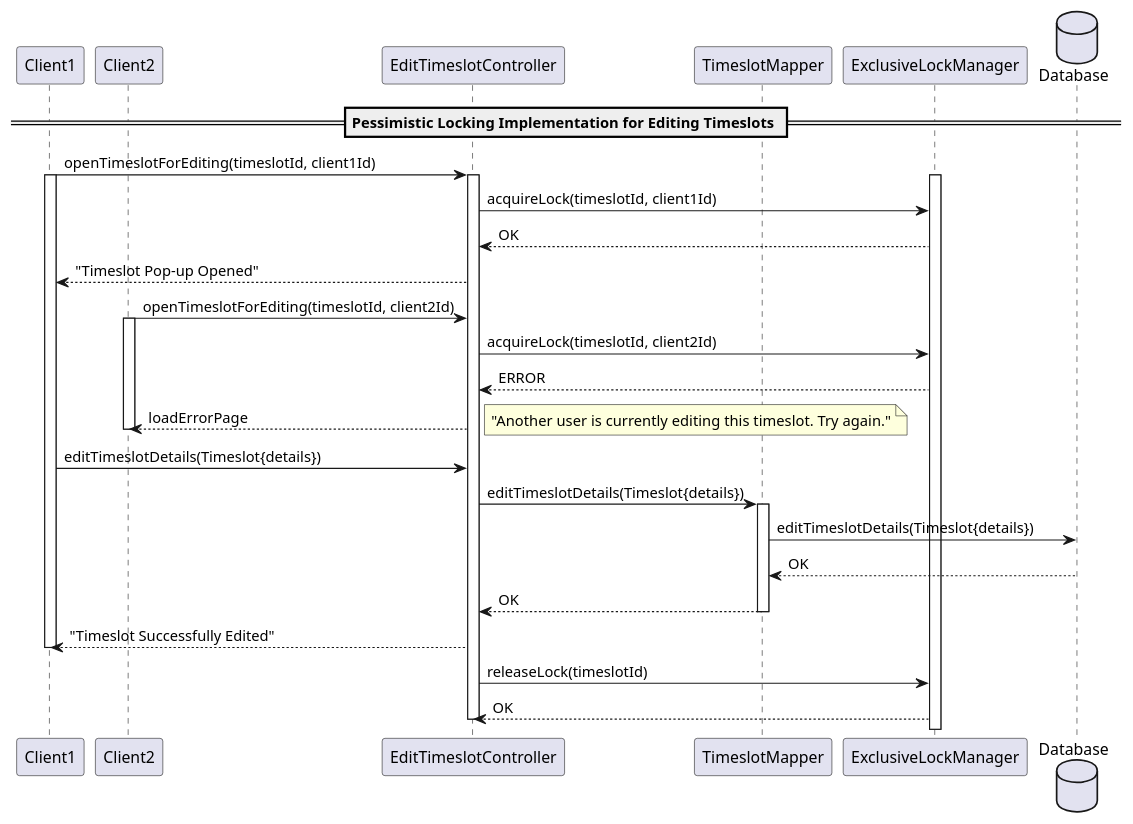
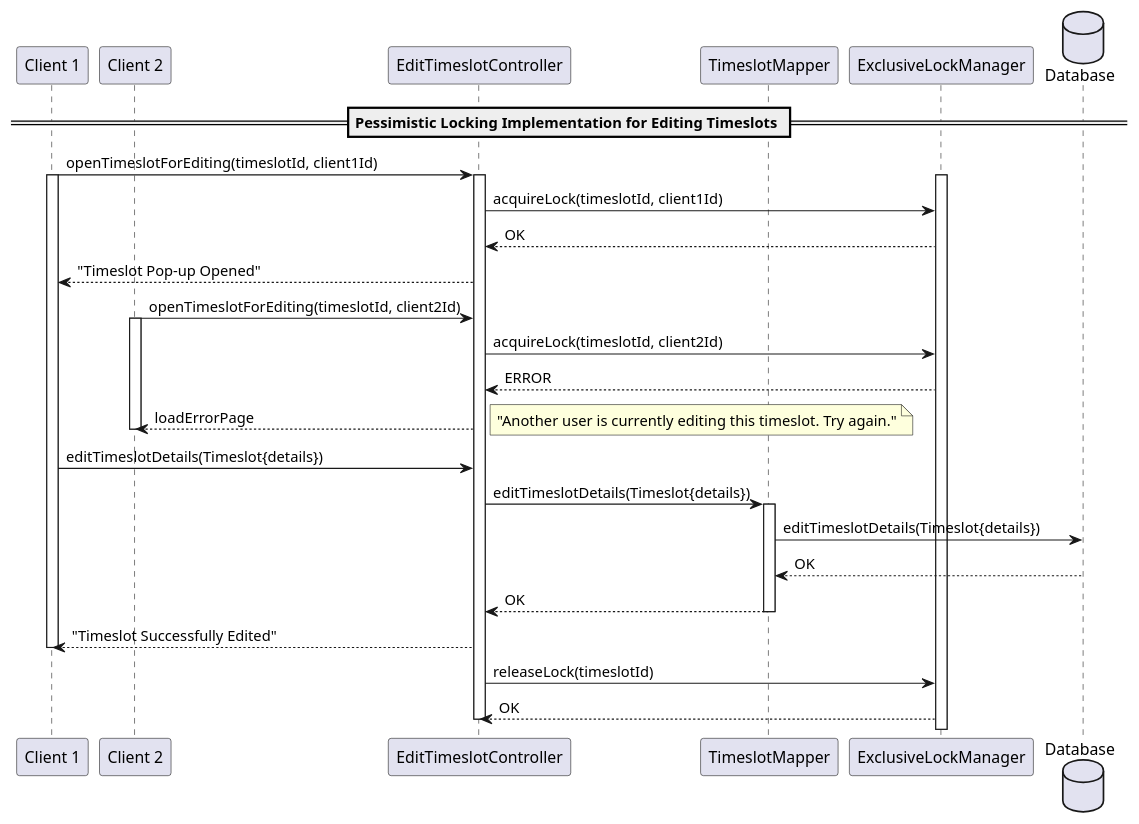
One commit to SWEN900072021/Covid19BookingSystem changed the diagram in docs/part3/diagrams/PessimisticLockingSequenceDiagram.puml. Above: the diagram before and after it, drawn with PlantUML. The commit also changed 3 other files, not shown here.

```diff
--- a/docs/part3/diagrams/PessimisticLockingSequenceDiagram.puml
+++ b/docs/part3/diagrams/PessimisticLockingSequenceDiagram.puml
@@ -1,41 +1,41 @@
 @startuml
 'https://plantuml.com/sequence-diagram
 
 skinparam linetype polyline
 
-participant "Client1" as Client1
-participant "Client2" as Client2
+participant "Client 1" as Client1
+participant "Client 2" as Client2
 participant "EditTimeslotController" as ETC
 participant "TimeslotMapper" as TM
 participant "ExclusiveLockManager" as ELM
 database "Database" as DB
 
 == Pessimistic Locking Implementation for Editing Timeslots ==
 Client1 -> ETC: openTimeslotForEditing(timeslotId, client1Id)
 activate ELM
 activate Client1
 activate ETC
 ETC -> ELM: acquireLock(timeslotId, client1Id)
 ELM --> ETC: OK
 ETC --> Client1: "Timeslot Pop-up Opened"
 Client2 -> ETC: openTimeslotForEditing(timeslotId, client2Id)
 activate Client2
 ETC -> ELM: acquireLock(timeslotId, client2Id)
 ELM --> ETC: ERROR
 ETC --> Client2: loadErrorPage
 note right: "Another user is currently editing this timeslot. Try again."
 deactivate Client2
 Client1 -> ETC: editTimeslotDetails(Timeslot{details})
 ETC -> TM: editTimeslotDetails(Timeslot{details})
 activate TM
 TM -> DB: editTimeslotDetails(Timeslot{details})
 DB --> TM: OK
 TM --> ETC: OK
 deactivate TM
 ETC --> Client1: "Timeslot Successfully Edited"
 deactivate Client1
 ETC -> ELM: releaseLock(timeslotId)
 ELM --> ETC: OK
 deactivate ETC
 
 @enduml
```
